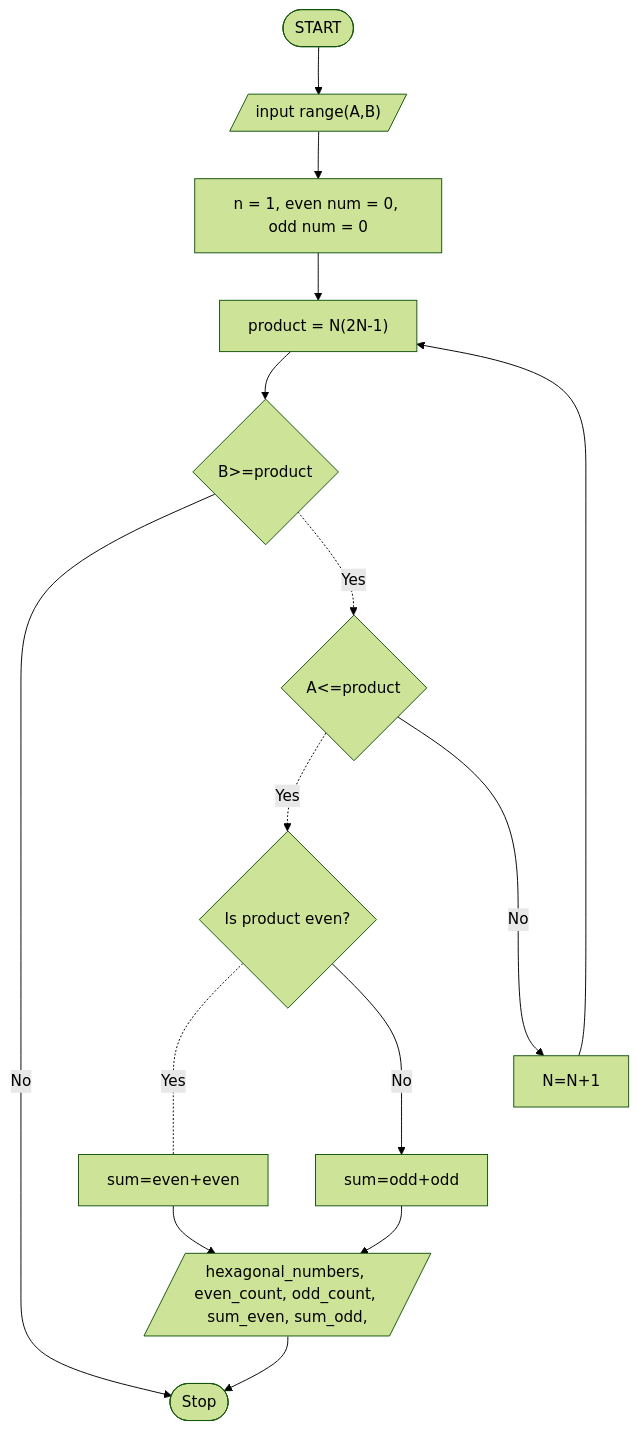
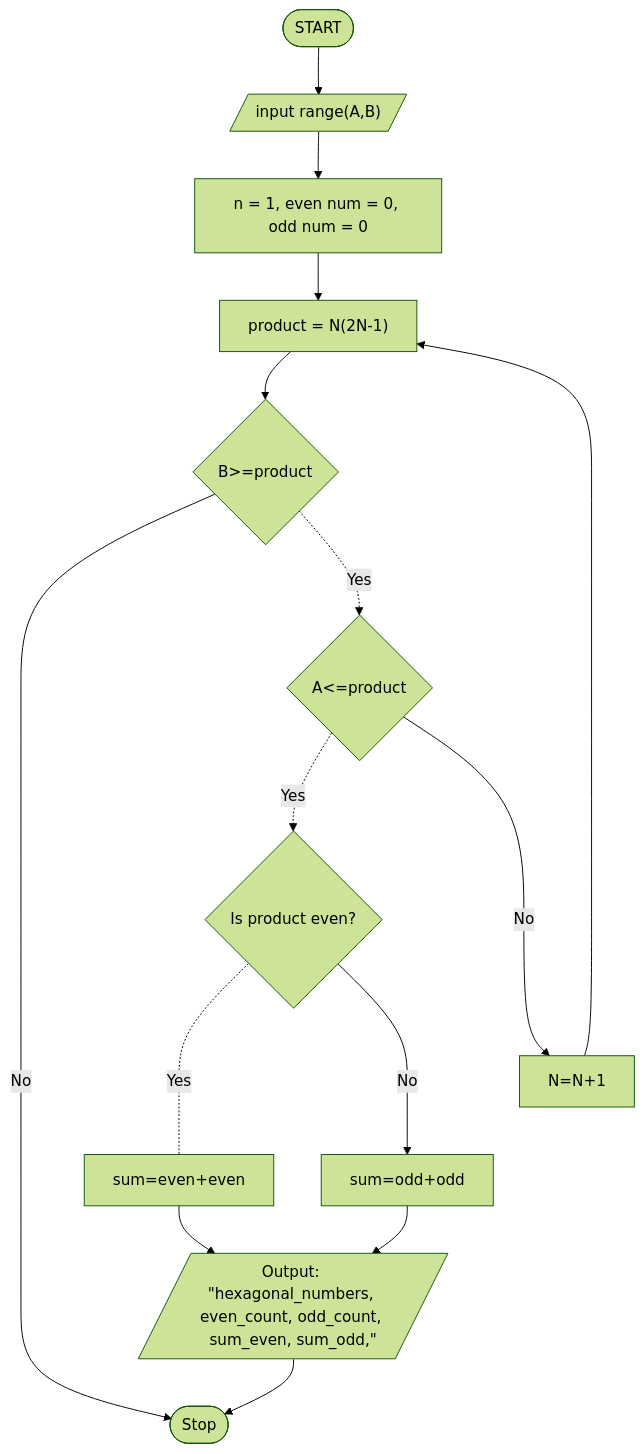
One commit to gtugaw/comp1236project changed the diagram in flowchart/task1.md. Above: the diagram before and after it, drawn with Mermaid (forest theme).

````diff
--- a/flowchart/task1.md
+++ b/flowchart/task1.md
@@ -8,18 +8,18 @@
 ```mermaid
 flowchart TD
     A([START]) 
     A --> B[/"input range(A,B)"/]
     B --> C["n = 1, even num = 0, odd num = 0"]
     C --> D["product = N(2N-1)"]
     D --> E{"B>=product"}
     E --Noo--> N
     E -.Yes.-> G{"A<=product"}
     G -.Yes.-> H{"Is product even?"}
     G --Noo--> I["N=N+1"]
     I --> D
     H -.Yes.- J["sum=even+even"]
     H --Noo--> K["sum=odd+odd"]
     K --> M
-    J --> M[/"hexagonal_numbers, even_count, odd_count, sum_even, sum_odd,"/] 
+    J --> M[/Output: "hexagonal_numbers, even_count, odd_count, sum_even, sum_odd,"/] 
     M --> N([Stop])
 ```
````
